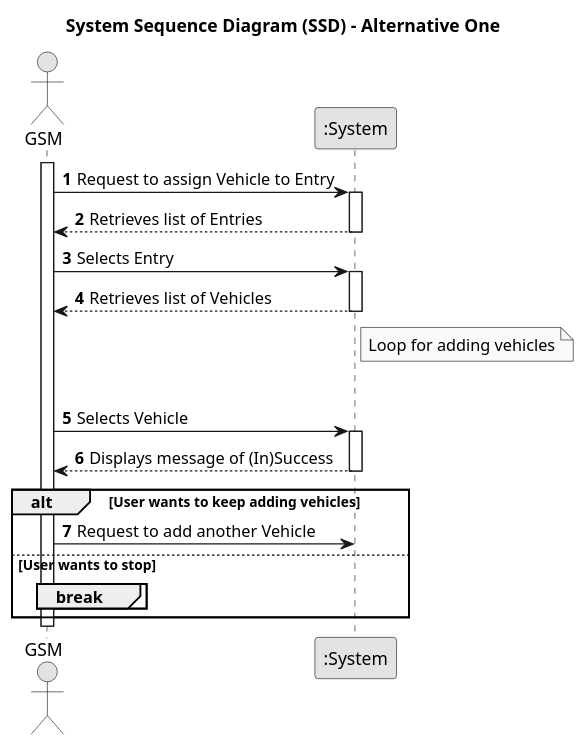
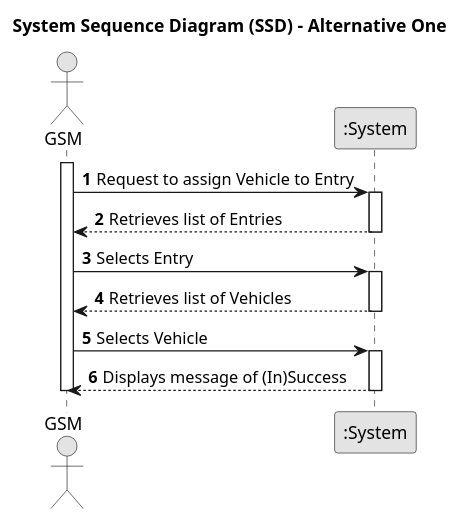
Before and after one commit to Departamento-de-Engenharia-Informatica/lei-24-s2-1df-1de-g063: the diagram in docs/SprintC/us26/01.requirements-engineering/puml/us26-system-sequence-diagram-alternative-one.puml, drawn with PlantUML. The commit also changed 33 other files, not shown here.

```diff
--- a/docs/SprintC/us26/01.requirements-engineering/puml/us26-system-sequence-diagram-alternative-one.puml
+++ b/docs/SprintC/us26/01.requirements-engineering/puml/us26-system-sequence-diagram-alternative-one.puml
@@ -1,39 +1,28 @@
 @startuml
 skinparam monochrome true
 skinparam packageStyle rectangle
 skinparam shadowing false
 
 title System Sequence Diagram (SSD) - Alternative One
 
 autonumber
 
 actor "GSM" as GSM
 participant ":System" as System
 
 activate GSM
     GSM -> System : Request to assign Vehicle to Entry
     activate System
         System --> GSM : Retrieves list of Entries
     deactivate System
     GSM -> System : Selects Entry
     activate System
         System --> GSM : Retrieves list of Vehicles
     deactivate System
-
-    ' Adding annotation for the loop
-    note right of System : Loop for adding vehicles
-
-    loop Adding Vehicles
-        GSM -> System : Selects Vehicle
-        activate System
-            System --> GSM : Displays message of (In)Success
-        deactivate System
-        alt User wants to keep adding vehicles
-            GSM -> System : Request to add another Vehicle
-        else User wants to stop
-            break
-        end
-    end
+    GSM -> System : Selects Vehicle
+    activate System
+        System --> GSM : Displays message of (In)Success
+    deactivate System
 deactivate GSM
 
 @enduml
```
